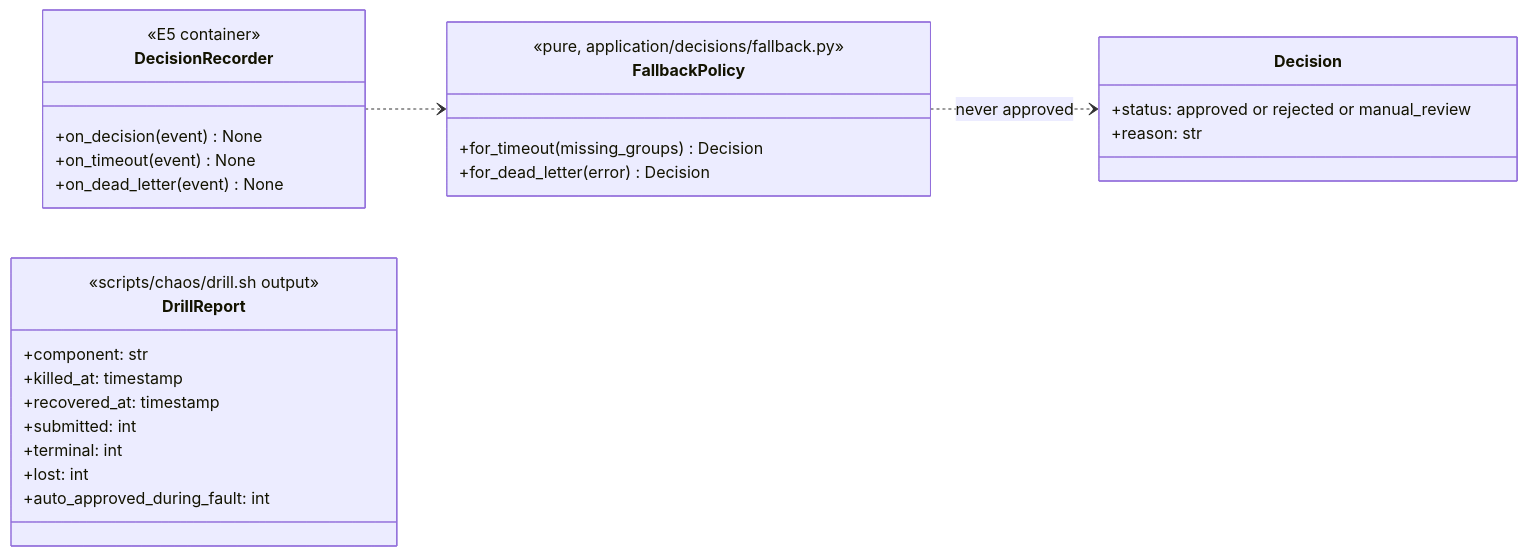
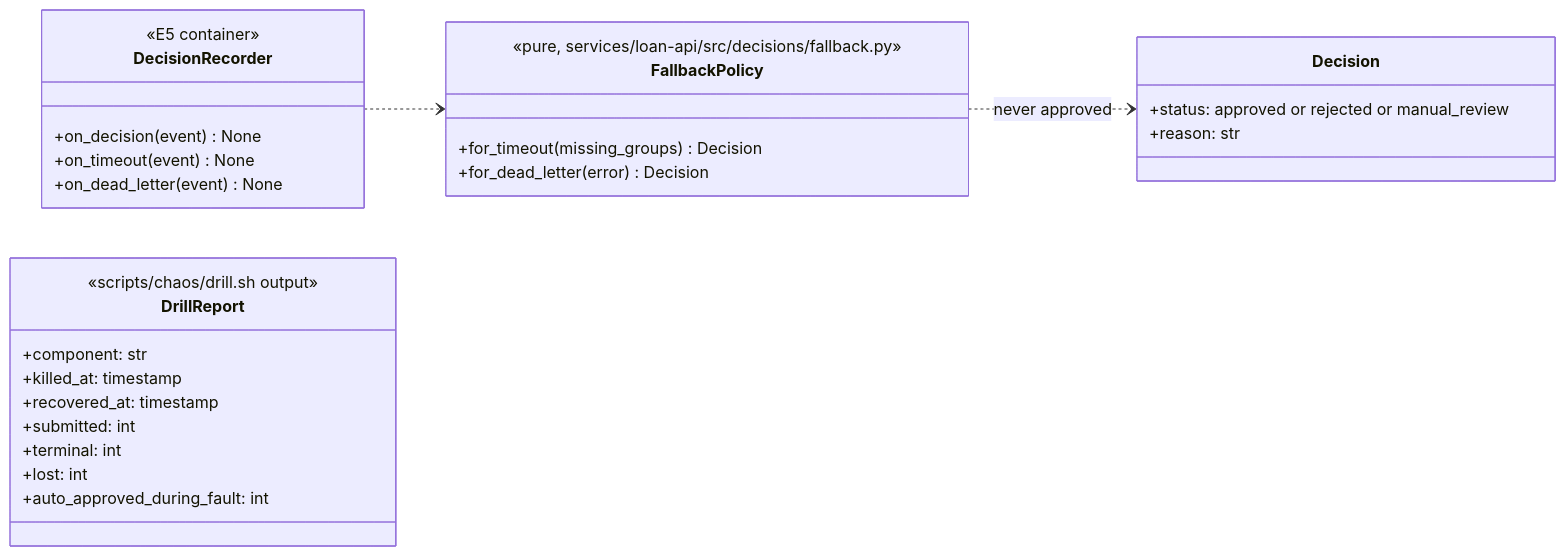
One commit to ngnquanq/credit-risk-ml-system changed the first of 3 diagrams in docs/03-handoff/E15-resilience-failover.md. Above: the diagram before and after it, drawn with Mermaid. The commit also changed other lines of this file and 72 other files, not shown here.

First line of the commit message:
refactor: move the Loan API core into services/loan-api

````diff
--- a/docs/03-handoff/E15-resilience-failover.md
+++ b/docs/03-handoff/E15-resilience-failover.md
@@ -63,31 +63,31 @@
 ```mermaid
 classDiagram
     direction LR
     class DecisionRecorder {
         <<E5 container>>
         +on_decision(event) None
         +on_timeout(event) None
         +on_dead_letter(event) None
     }
     class FallbackPolicy {
-        <<pure, application/decisions/fallback.py>>
+        <<pure, services/loan-api/src/decisions/fallback.py>>
         +for_timeout(missing_groups) Decision
         +for_dead_letter(error) Decision
     }
     class Decision {
         +status: approved or rejected or manual_review
         +reason: str
     }
     class DrillReport {
         <<scripts/chaos/drill.sh output>>
         +component: str
         +killed_at: timestamp
         +recovered_at: timestamp
         +submitted: int
         +terminal: int
         +lost: int
         +auto_approved_during_fault: int
     }
     DecisionRecorder ..> FallbackPolicy
     FallbackPolicy ..> Decision : never approved
 ```
````
